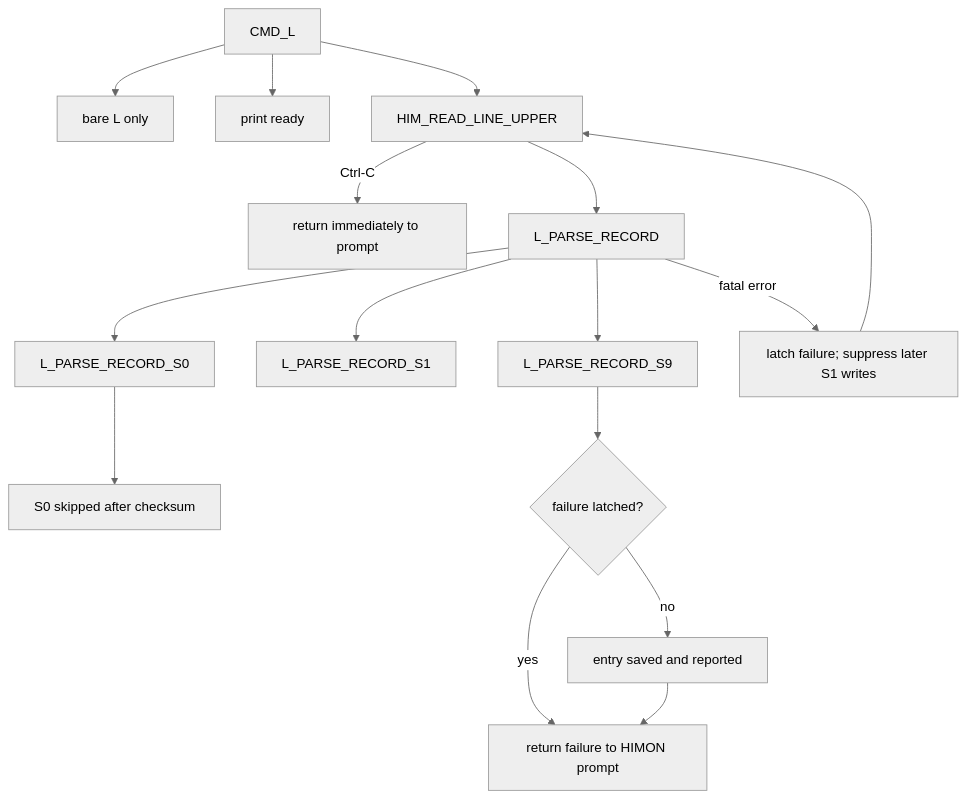
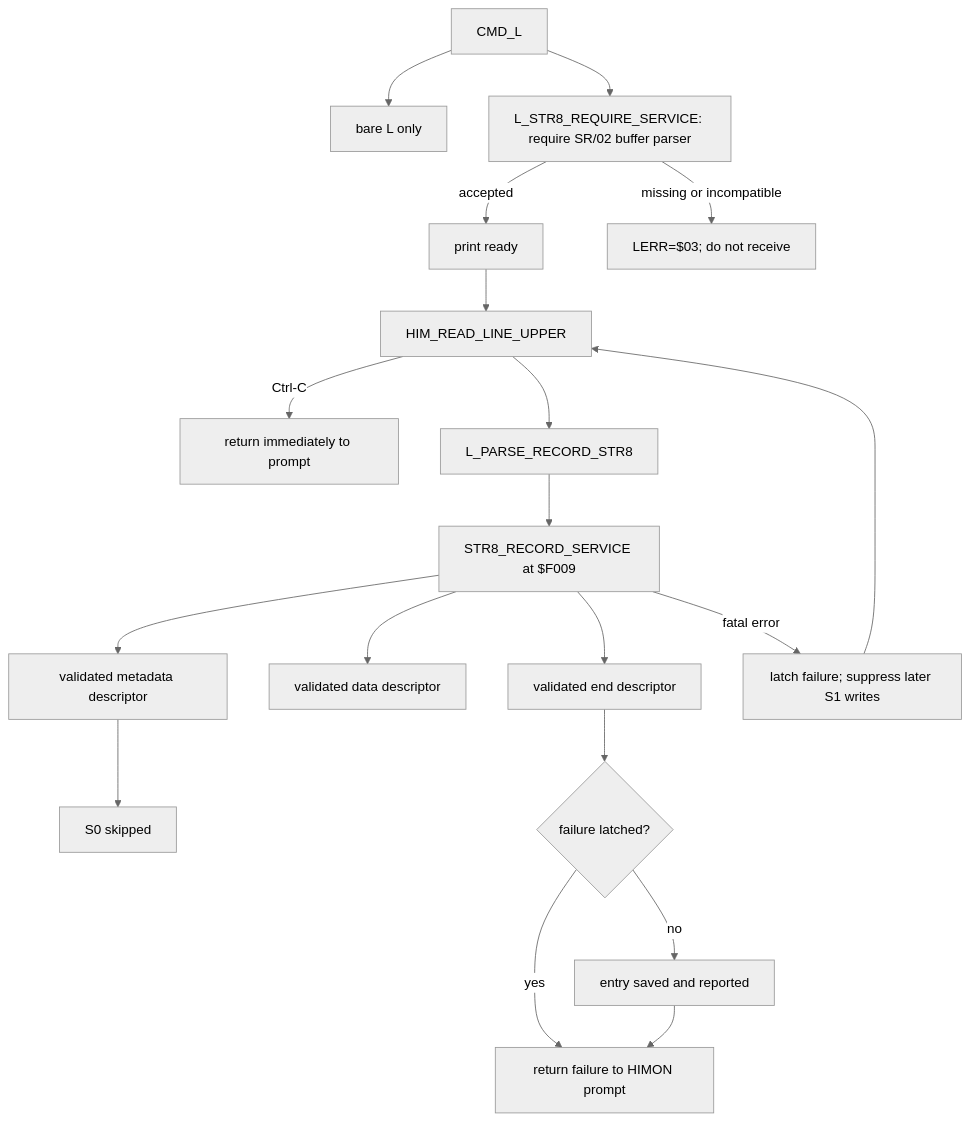
Before and after one commit to 95westus/R-YORS: diagram 11 of 19 in DOC/GUIDES/HIMON/HIMON_MAP.md, drawn with Mermaid (neutral theme). The commit also changed other lines of this file and 94 other files, not shown here.

Commit message:
Adopt STR8-N record parser in HIMON

````diff
--- a/DOC/GUIDES/HIMON/HIMON_MAP.md
+++ b/DOC/GUIDES/HIMON/HIMON_MAP.md
@@ -214,18 +216,21 @@
 ```mermaid
 flowchart TD
     L[CMD_L] --> ARGS[bare L only]
-    L --> READY[print ready]
-    L --> READ[HIM_READ_LINE_UPPER]
+    L --> ABI[L_STR8_REQUIRE_SERVICE: require SR/02 buffer parser]
+    ABI -->|accepted| READY[print ready]
+    READY --> READ[HIM_READ_LINE_UPPER]
     READ -->|Ctrl-C| ABORT[return immediately to prompt]
-    READ --> PARSE[L_PARSE_RECORD]
-    PARSE --> S0[L_PARSE_RECORD_S0]
-    PARSE --> S1[L_PARSE_RECORD_S1]
-    PARSE --> S9[L_PARSE_RECORD_S9]
-    S0 --> SKIP[S0 skipped after checksum]
+    ABI -->|missing or incompatible| HARDFAIL[LERR=$03; do not receive]
+    READ --> ADAPTER[L_PARSE_RECORD_STR8]
+    ADAPTER --> PARSE[STR8_RECORD_SERVICE at $F009]
+    PARSE --> S0[validated metadata descriptor]
+    PARSE --> S1[validated data descriptor]
+    PARSE --> S9[validated end descriptor]
+    S0 --> SKIP[S0 skipped]
     PARSE -->|fatal error| POISON[latch failure; suppress later S1 writes]
     POISON --> READ
     S9 --> END{failure latched?}
     END -->|no| ENTRYSAVE[entry saved and reported]
     END -->|yes| RETURN[return failure to HIMON prompt]
     ENTRYSAVE --> RETURN
 ```
````
